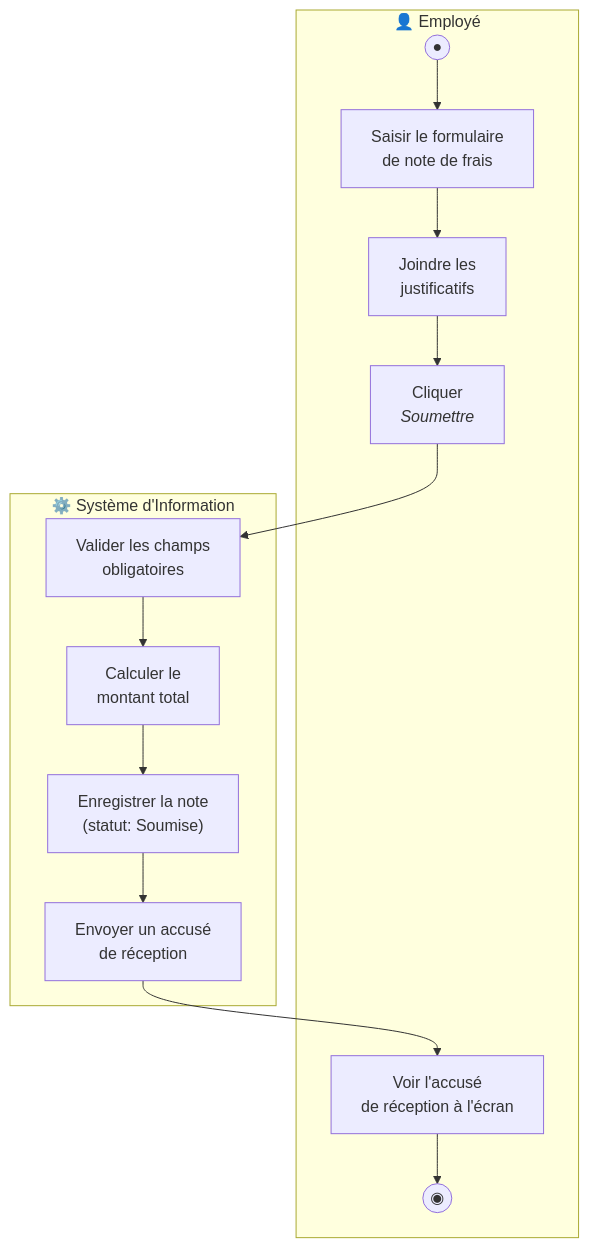
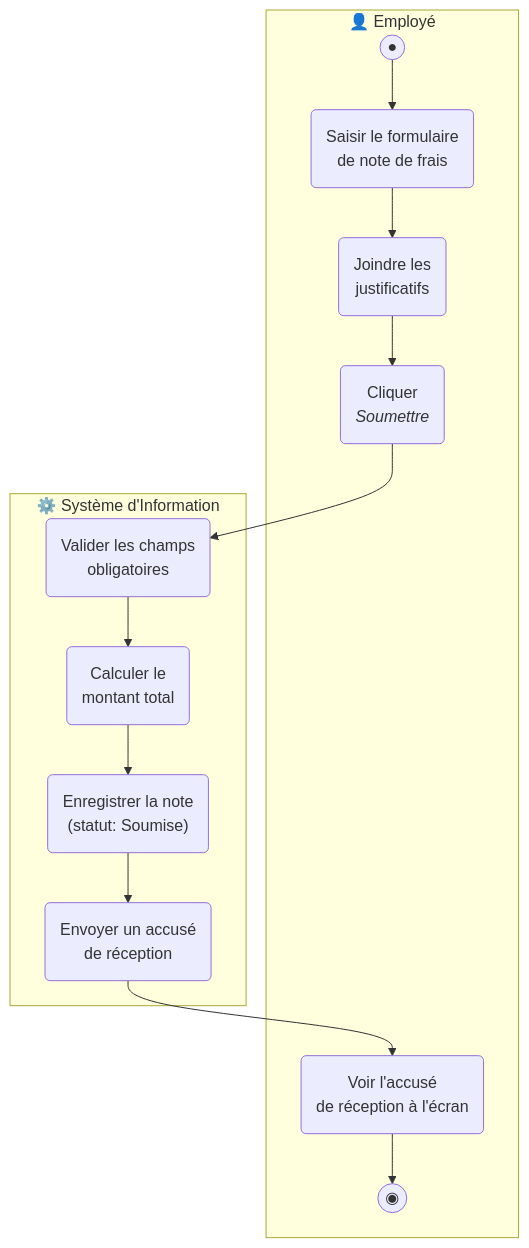
Before and after one commit to MATBMS/study-case-training: the first of 11 diagrams in UML/solutions/UML Activity Solutions.md, drawn with Mermaid. The commit also changed other lines of this file and 12 other files, not shown here.

````diff
--- a/UML/solutions/UML Activity Solutions.md
+++ b/UML/solutions/UML Activity Solutions.md
@@ -5,16 +11,16 @@
 ```mermaid
 flowchart TB
     subgraph EMP ["👤 Employé"]
-        I(("●")) --> A["Saisir le formulaire<br/>de note de frais"]
-        A --> B["Joindre les<br/>justificatifs"]
-        B --> C["Cliquer<br/><i>Soumettre</i>"]
-        R["Voir l'accusé<br/>de réception à l'écran"] --> END(("◉"))
+        I(("●")) --> A("Saisir le formulaire<br/>de note de frais")
+        A --> B("Joindre les<br/>justificatifs")
+        B --> C("Cliquer<br/><i>Soumettre</i>")
+        R("Voir l'accusé<br/>de réception à l'écran") --> END(("◉"))
     end
     subgraph SI ["⚙️ Système d'Information"]
-        S1["Valider les champs<br/>obligatoires"] --> S2["Calculer le<br/>montant total"]
-        S2 --> S3["Enregistrer la note<br/>(statut: Soumise)"]
-        S3 --> S4["Envoyer un accusé<br/>de réception"]
+        S1("Valider les champs<br/>obligatoires") --> S2("Calculer le<br/>montant total")
+        S2 --> S3("Enregistrer la note<br/>(statut: Soumise)")
+        S3 --> S4("Envoyer un accusé<br/>de réception")
     end
     C --> S1
     S4 --> R
 ```
````
